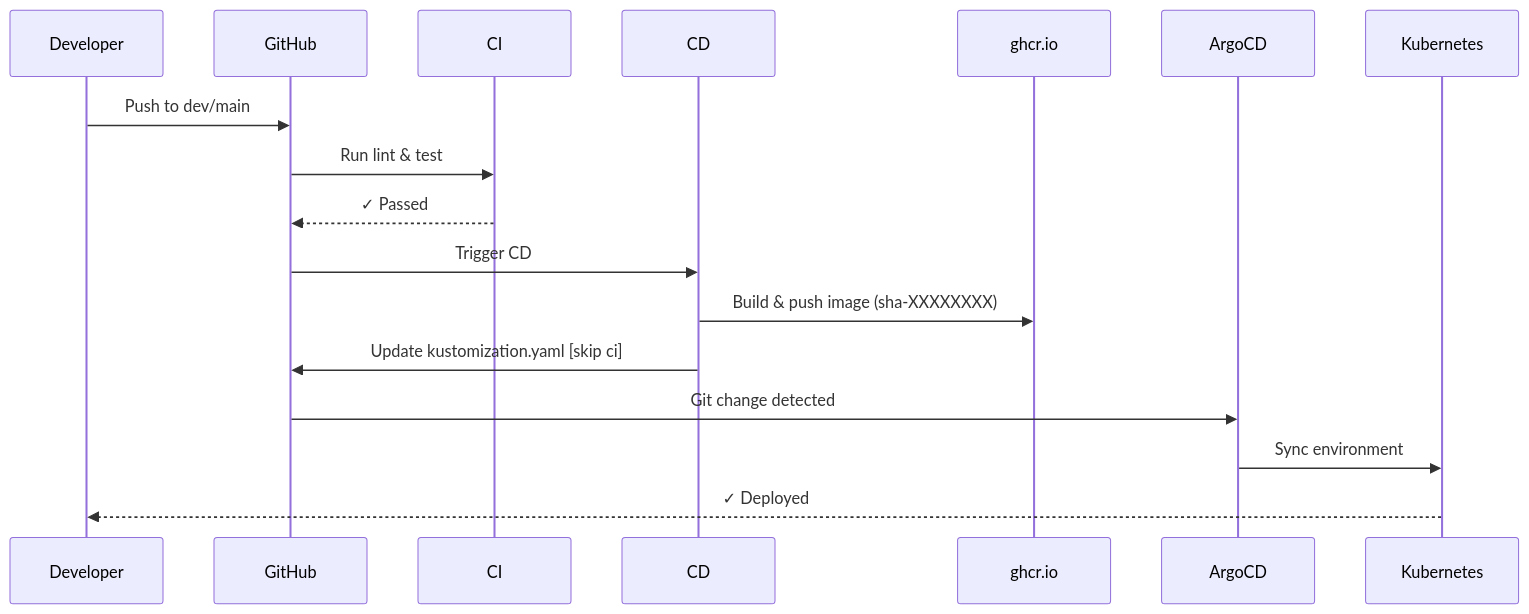
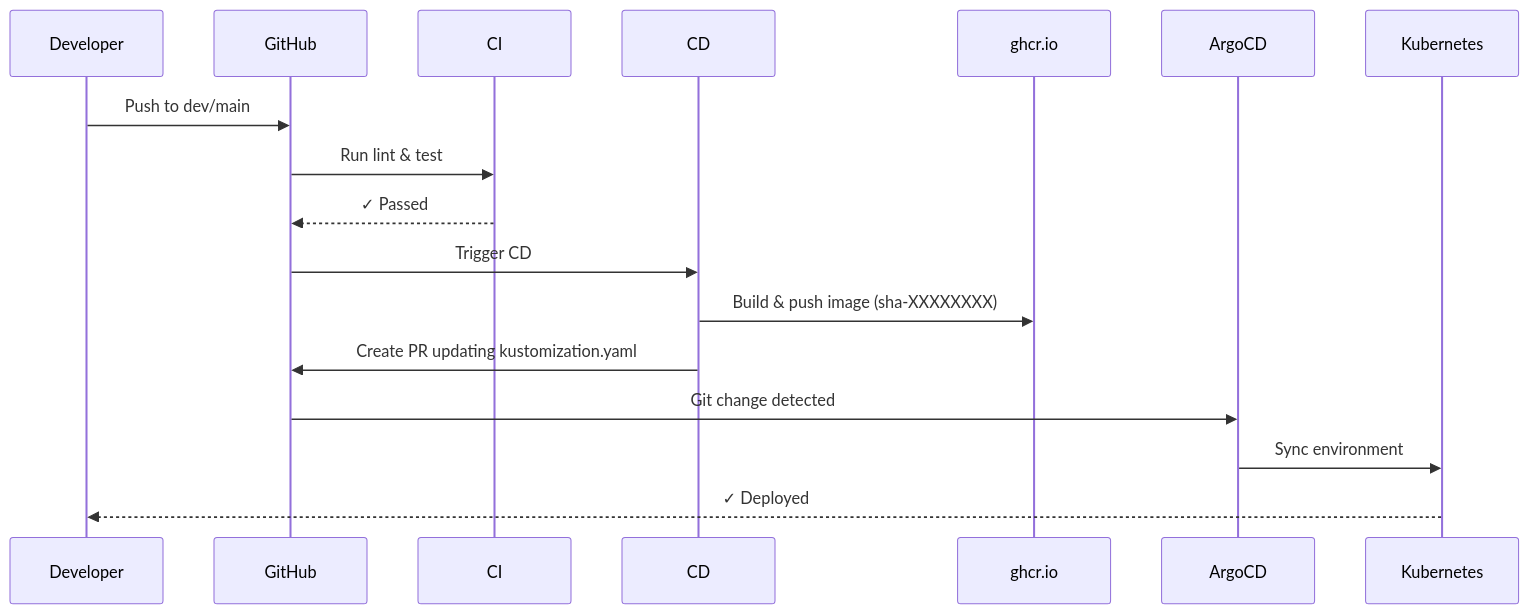
One commit to data-literate/DEX changed the second of 3 diagrams in .github/workflows/README.md. Above: the diagram before and after it, drawn with Mermaid. The commit also changed 2 other files, not shown here.

Commit message:
fix: update CD to use PRs for manifest updates (#44)
- Use create-pull-request action for dev/stage/prod overlays
- Add PR permissions to CD workflow
- Update CI/CD docs and workflow README to reflect PR-based updates
- Remove skip-ci troubleshooting (no longer applicable)

````diff
--- a/.github/workflows/README.md
+++ b/.github/workflows/README.md
@@ -131,20 +131,20 @@
 ```mermaid
 sequenceDiagram
     participant Dev as Developer
     participant GH as GitHub
     participant CI as CI
     participant CD as CD
     participant GHCR as ghcr.io
     participant Argo as ArgoCD
     participant K8s as Kubernetes
     
     Dev->>GH: Push to dev/main
     GH->>CI: Run lint & test
     CI-->>GH: ✓ Passed
     GH->>CD: Trigger CD
     CD->>GHCR: Build & push image (sha-XXXXXXXX)
-    CD->>GH: Update kustomization.yaml [skip ci]
+    CD->>GH: Create PR updating kustomization.yaml
     GH->>Argo: Git change detected
     Argo->>K8s: Sync environment
     K8s-->>Dev: ✓ Deployed
 ```
````
